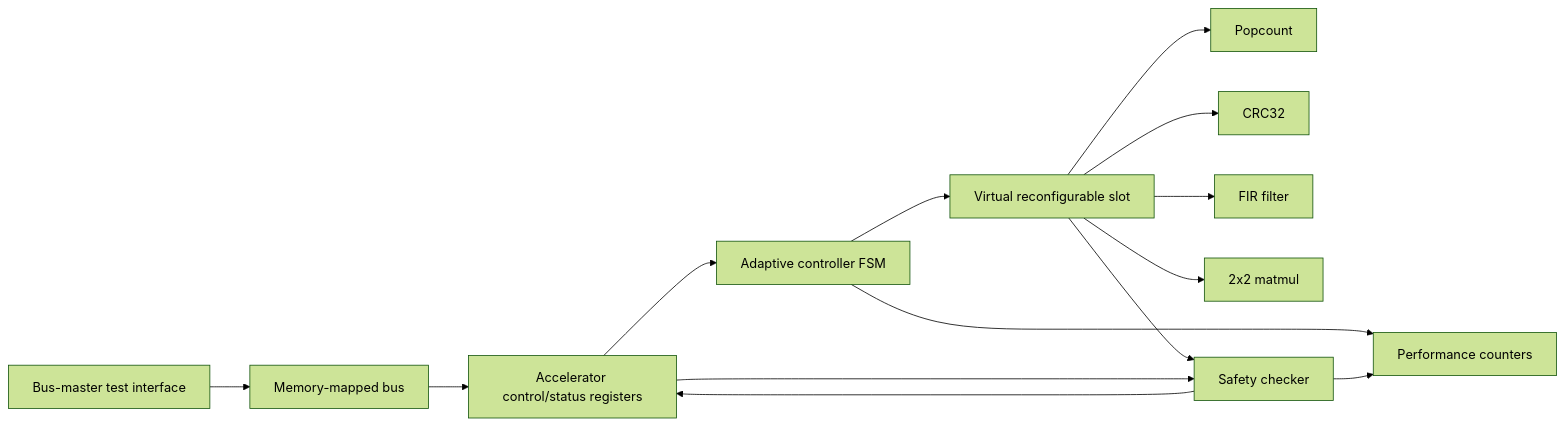
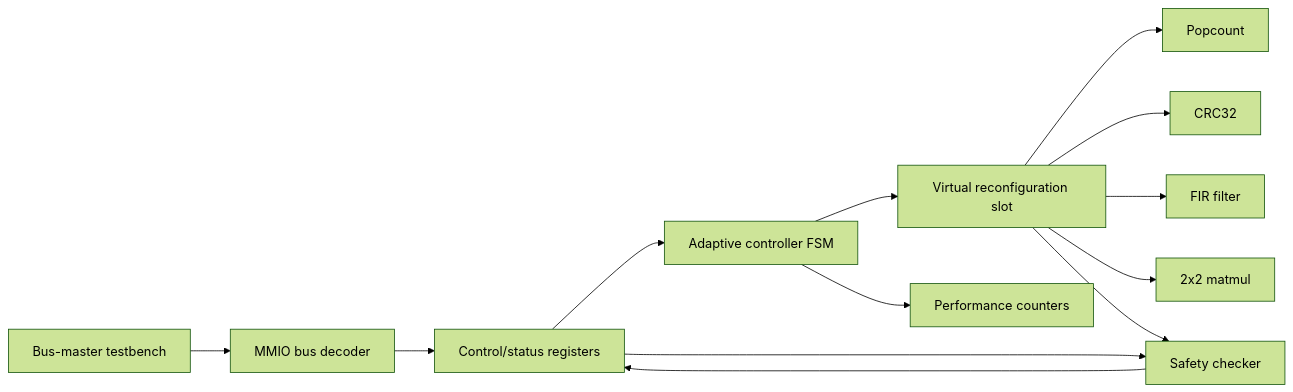
The diagram in docs/architecture.md (aaryankool19/EvoFabric), drawn with Mermaid (forest theme) before and after one commit. The commit also changed other lines of this file and 15 other files, not shown here.

````diff
--- a/docs/architecture.md
+++ b/docs/architecture.md
@@ -7,16 +9,15 @@
 ```mermaid
 flowchart LR
-    Host["Bus-master test interface"] --> Bus["Memory-mapped bus"]
-    Bus --> CSR["Accelerator control/status registers"]
-    CSR --> Ctrl["Adaptive controller FSM"]
-    Ctrl --> Slot["Virtual reconfigurable slot"]
+    Host["Bus-master testbench"] --> MMIO["MMIO bus decoder"]
+    MMIO --> Regs["Control/status registers"]
+    Regs --> Ctrl["Adaptive controller FSM"]
+    Ctrl --> Slot["Virtual reconfiguration slot"]
     Slot --> Pop["Popcount"]
     Slot --> CRC["CRC32"]
     Slot --> FIR["FIR filter"]
     Slot --> Mat["2x2 matmul"]
     Slot --> Check["Safety checker"]
-    CSR --> Check
-    Check --> CSR
+    Regs --> Check
+    Check --> Regs
     Ctrl --> Perf["Performance counters"]
-    Check --> Perf
 ```
````
